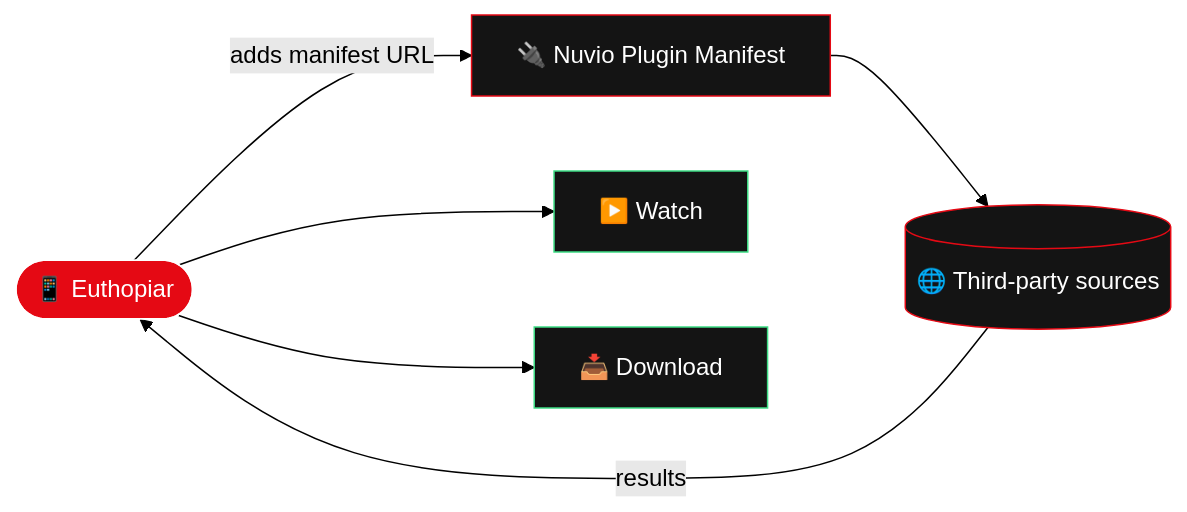
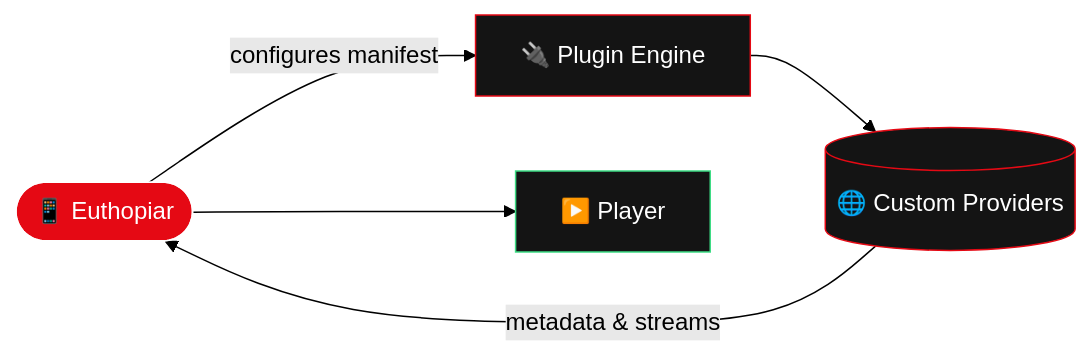
The diagram in README.md (TheARCreactorGUY/Euthopiar-), drawn with Mermaid (forest theme) before and after one commit. The commit also changed other lines of this file, not shown here.

Commit message:
docs: remove specific plugin manifest URL and generalize plugin architecture

````diff
--- a/README.md
+++ b/README.md
@@ -142,13 +138,11 @@
 ```mermaid
 flowchart LR
-    A([📱 Euthopiar]) -->|adds manifest URL| B[🔌 Nuvio Plugin Manifest]
-    B --> C[(🌐 Third-party sources)]
-    C -->|results| A
-    A --> D[▶️ Watch]
-    A --> E[📥 Download]
+    A([📱 Euthopiar]) -->|configures manifest| B[🔌 Plugin Engine]
+    B --> C[(🌐 Custom Providers)]
+    C -->|metadata & streams| A
+    A --> D[▶️ Player]
     style A fill:#E50914,stroke:#fff,color:#fff
     style B fill:#141414,stroke:#E50914,color:#fff
     style C fill:#141414,stroke:#E50914,color:#fff
     style D fill:#141414,stroke:#3DDC84,color:#fff
-    style E fill:#141414,stroke:#3DDC84,color:#fff
 ```
````
